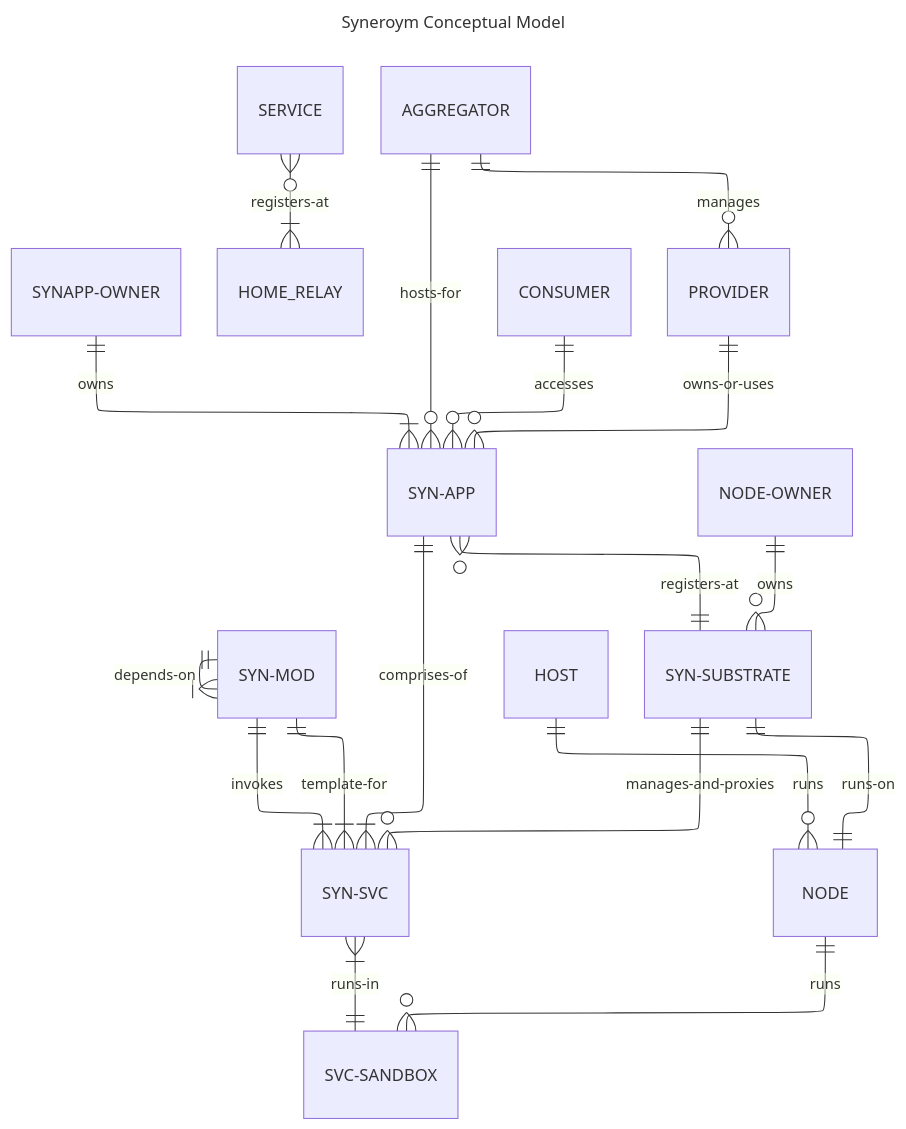
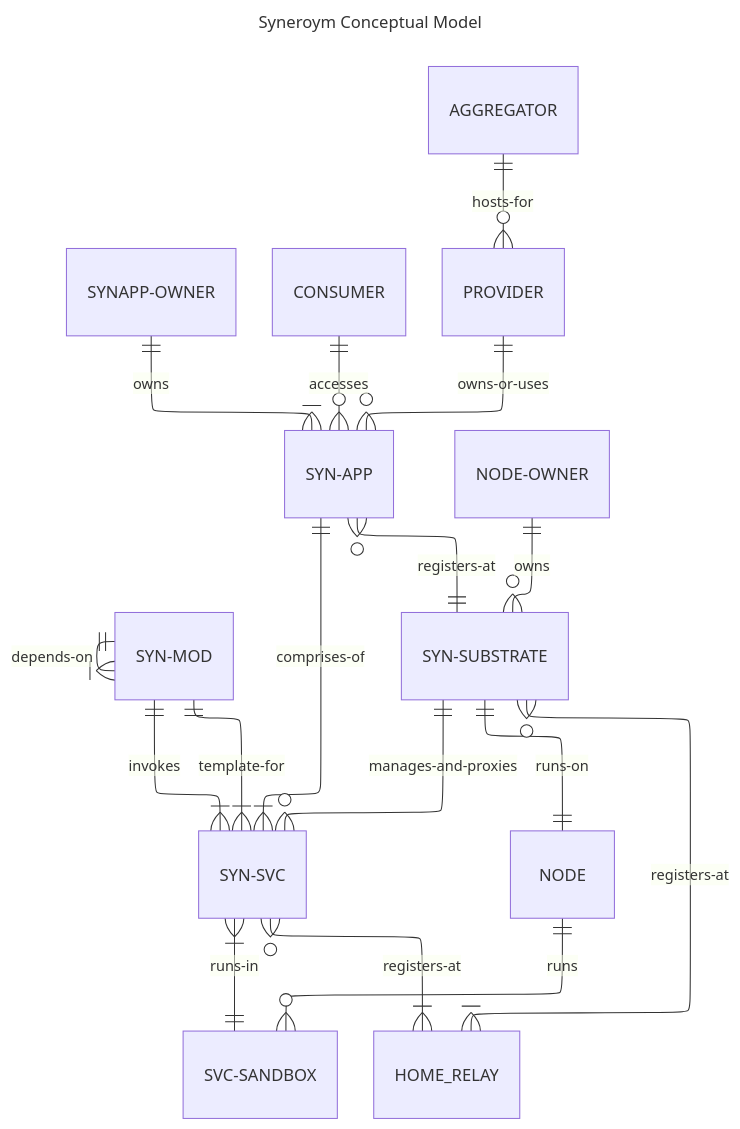
The diagram in docs/high-level-requirements.md (syneroym/syneroym), drawn with Mermaid before and after one commit. The commit also changed other lines of this file, not shown here.

````diff
--- a/docs/high-level-requirements.md
+++ b/docs/high-level-requirements.md
@@ -173,36 +172,35 @@
 ```mermaid
 ---
 title: Syneroym Conceptual Model
 config:
     layout: elk
 ---
 erDiagram
     direction TB
 
     MOD ||--|{ MOD : depends-on
     MOD ||--|{ SVC : invokes
     MOD ||--|{ SVC : template-for
     SYNAPP ||--|{ SVC : comprises-of
     SVC }|--|| SVC-SB : runs-in
-    HOST ||--o{ NODE : runs
     NODE ||--o{ SVC-SB : runs
     SUBSTRATE ||--|| NODE : runs-on
     SUBSTRATE ||--o{ SVC : manages-and-proxies
     NODE-OWNER ||--o{ SUBSTRATE : owns
     SYNAPP-OWNER ||--|{ SYNAPP : owns
     SYNAPP }o--|| SUBSTRATE : registers-at
-    SERVICE }o--|{ HOME_RELAY : registers-at
+    SVC }o--|{ HOME_RELAY : registers-at
+    SUBSTRATE }o--|{ HOME_RELAY : registers-at
     CONSUMER ||--o{ SYNAPP : accesses
     PROVIDER ||--o{ SYNAPP : owns-or-uses
-    AGGREGATOR ||--o{ PROVIDER : manages
-    AGGREGATOR ||--o{ SYNAPP : hosts-for
+    AGGREGATOR ||--o{ PROVIDER : hosts-for
 
     MOD[SYN-MOD]{}
     SVC[SYN-SVC]{}
     SYNAPP[SYN-APP]{}
     SUBSTRATE[SYN-SUBSTRATE]{}
     SVC-SB[SVC-SANDBOX]{}
     CONSUMER[CONSUMER]{}
     PROVIDER[PROVIDER]{}
     AGGREGATOR[AGGREGATOR]{}
 ```
````
